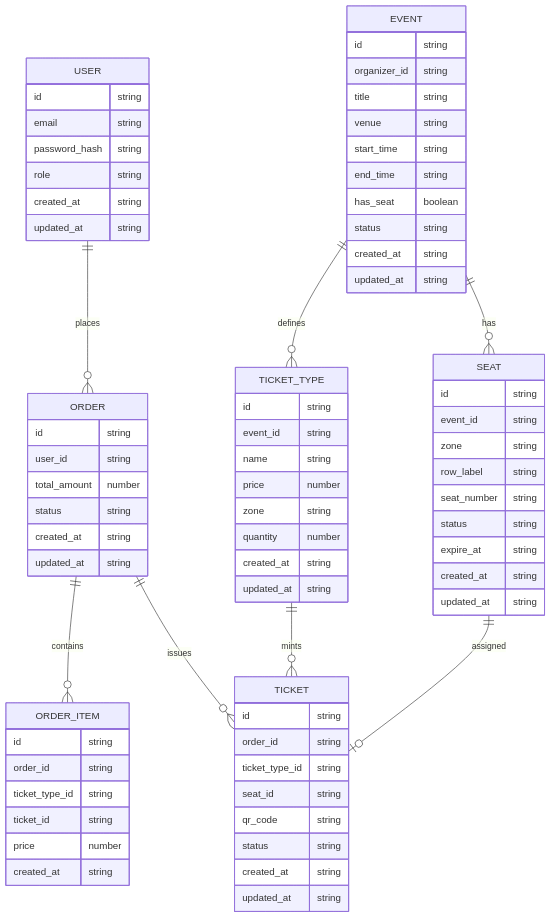
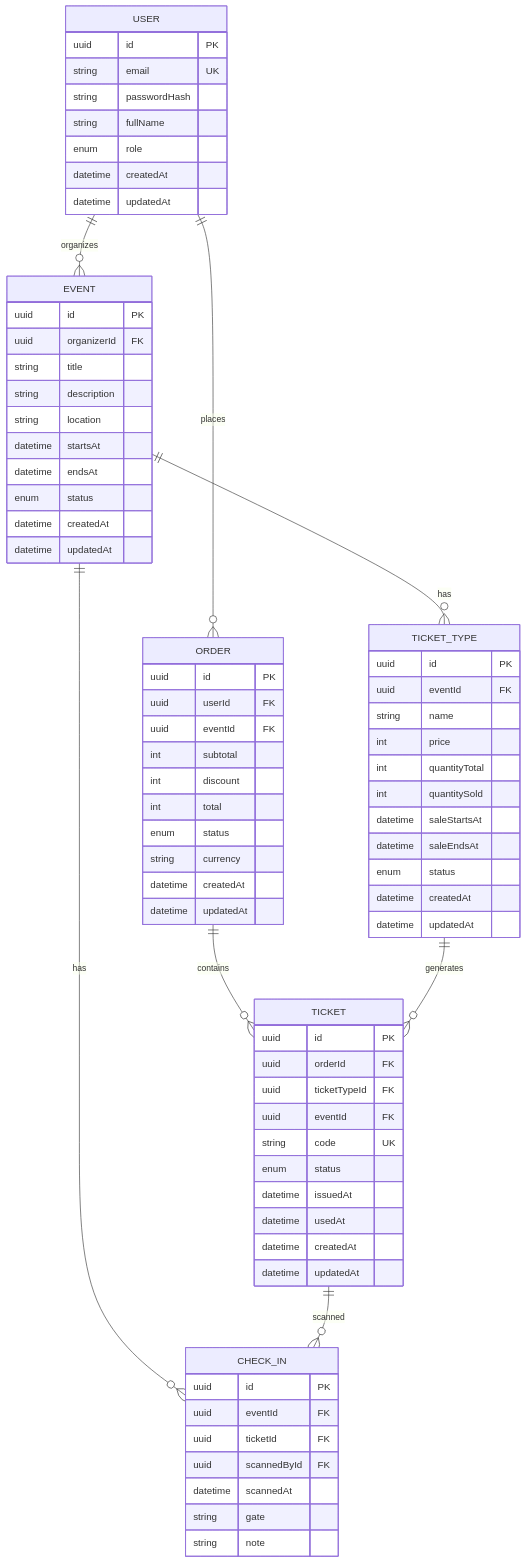
The diagram in docs/erd.md (nbploc08/eventHub), drawn with Mermaid before and after one commit.

````diff
--- a/docs/erd.md
+++ b/docs/erd.md
@@ -1,84 +1,84 @@
 ```mermaid
 erDiagram
-    USER ||--o{ ORDER : places
-    EVENT ||--o{ TICKET_TYPE : defines
-    EVENT ||--o{ SEAT : has
-    ORDER ||--o{ ORDER_ITEM : contains
-    ORDER ||--o{ TICKET : issues
-    TICKET_TYPE ||--o{ TICKET : mints
-    SEAT ||--o| TICKET : assigned
+  USER ||--o{ EVENT : organizes
+  USER ||--o{ ORDER : places
+  EVENT ||--o{ TICKET_TYPE : has
+  ORDER ||--o{ TICKET : contains
+  TICKET_TYPE ||--o{ TICKET : generates
+  EVENT ||--o{ CHECK_IN : has
+  TICKET ||--o{ CHECK_IN : scanned
 
-    USER {
-        id string
-        email string
-        password_hash string
-        role string
-        created_at string
-        updated_at string
-    }
+  USER {
+    uuid id PK
+    string email UK
+    string passwordHash
+    string fullName
+    enum role
+    datetime createdAt
+    datetime updatedAt
+  }
 
-    EVENT {
-        id string
-        organizer_id string
-        title string
-        venue string
-        start_time string
-        end_time string
-        has_seat boolean
-        status string
-        created_at string
-        updated_at string
-    }
+  EVENT {
+    uuid id PK
+    uuid organizerId FK
+    string title
+    string description
+    string location
+    datetime startsAt
+    datetime endsAt
+    enum status
+    datetime createdAt
+    datetime updatedAt
+  }
 
-    TICKET_TYPE {
-        id string
-        event_id string
-        name string
-        price number
-        zone string
-        quantity number
-        created_at string
-        updated_at string
-    }
+  TICKET_TYPE {
+    uuid id PK
+    uuid eventId FK
+    string name
+    int price
+    int quantityTotal
+    int quantitySold
+    datetime saleStartsAt
+    datetime saleEndsAt
+    enum status
+    datetime createdAt
+    datetime updatedAt
+  }
 
-    SEAT {
-        id string
-        event_id string
-        zone string
-        row_label string
-        seat_number string
-        status string
-        expire_at string
-        created_at string
-        updated_at string
-    }
+  ORDER {
+    uuid id PK
+    uuid userId FK
+    uuid eventId FK
+    int subtotal
+    int discount
+    int total
+    enum status
+    string currency
+    datetime createdAt
+    datetime updatedAt
+  }
 
-    ORDER {
-        id string
-        user_id string
-        total_amount number
-        status string
-        created_at string
-        updated_at string
-    }
+  TICKET {
+    uuid id PK
+    uuid orderId FK
+    uuid ticketTypeId FK
+    uuid eventId FK
+    string code UK
+    enum status
+    datetime issuedAt
+    datetime usedAt
+    datetime createdAt
+    datetime updatedAt
+  }
 
-    ORDER_ITEM {
-        id string
-        order_id string
-        ticket_type_id string
-        ticket_id string
-        price number
-        created_at string
-    }
+  CHECK_IN {
+    uuid id PK
+    uuid eventId FK
+    uuid ticketId FK
+    uuid scannedById FK
+    datetime scannedAt
+    string gate
+    string note
+  }
 
-    TICKET {
-        id string
-        order_id string
-        ticket_type_id string
-        seat_id string
-        qr_code string
-        status string
-        created_at string
-        updated_at string
-    }
 ```
````
